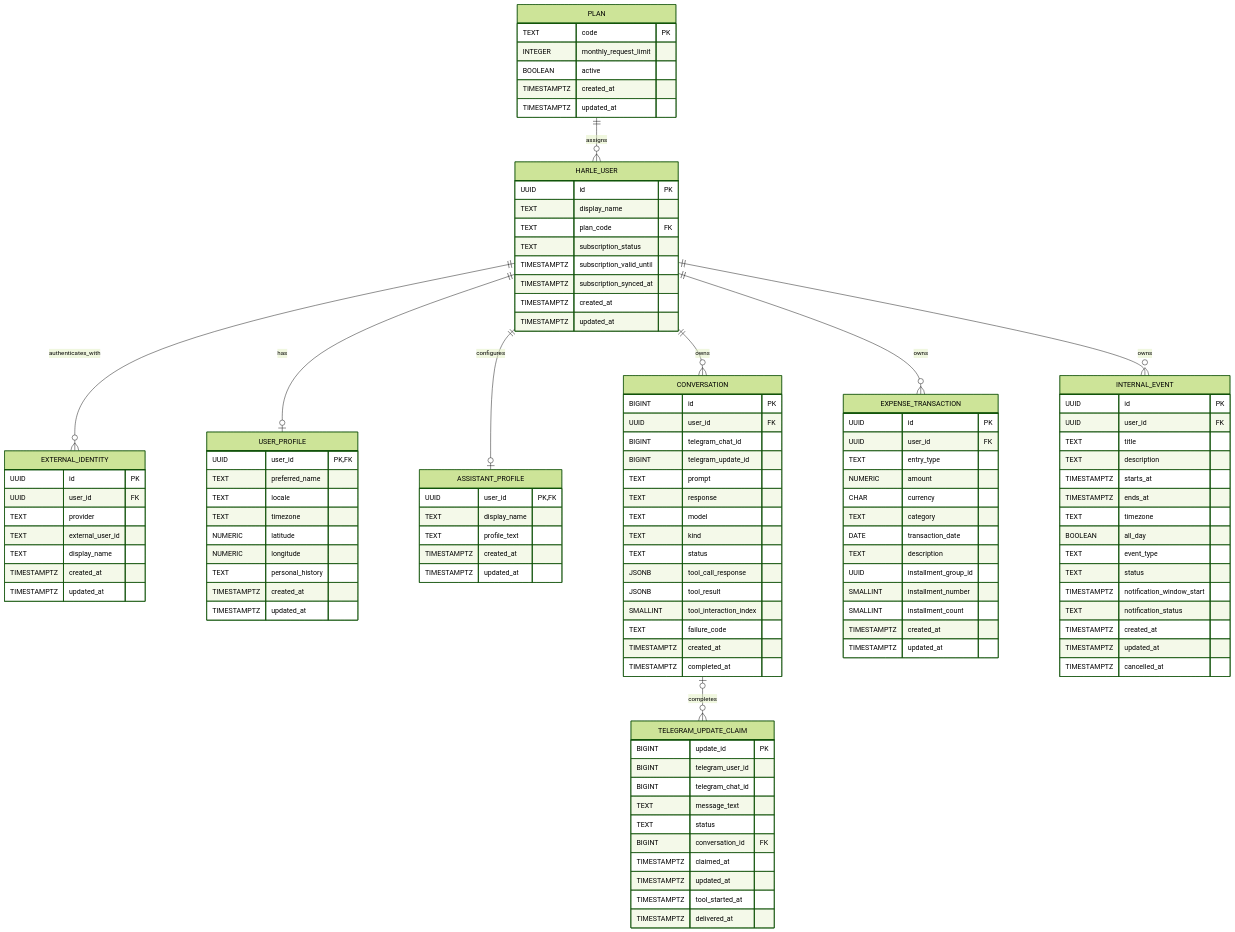
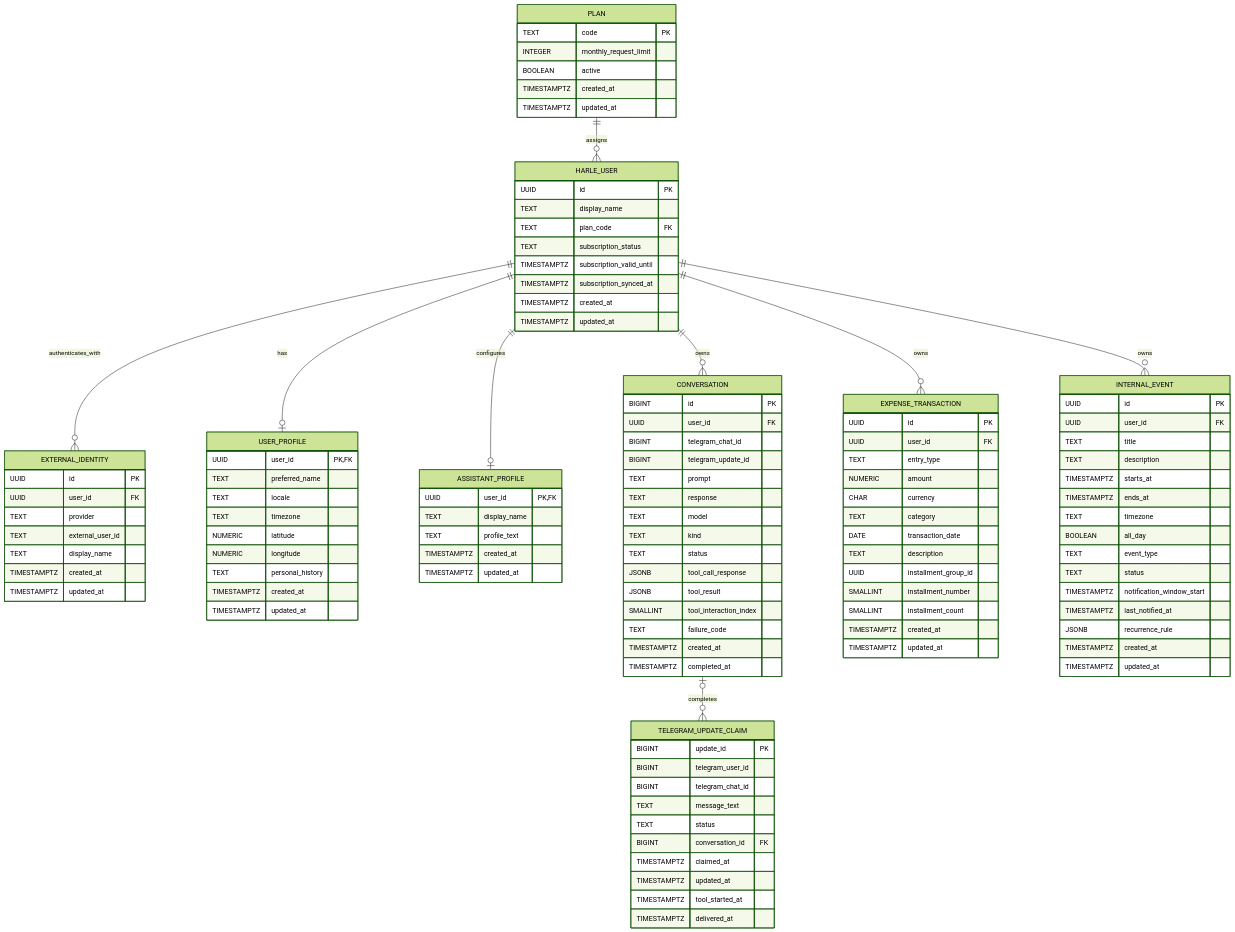
Before and after one commit to JuanJFarina/custom-gemini-cli: the diagram in docs/05_ERD.md, drawn with Mermaid (forest theme). The commit also changed other lines of this file and 49 other files, not shown here.

````diff
--- a/docs/05_ERD.md
+++ b/docs/05_ERD.md
@@ -123,9 +123,9 @@
         TEXT event_type
         TEXT status
         TIMESTAMPTZ notification_window_start
-        TEXT notification_status
+        TIMESTAMPTZ last_notified_at
+        JSONB recurrence_rule
         TIMESTAMPTZ created_at
         TIMESTAMPTZ updated_at
-        TIMESTAMPTZ cancelled_at
     }
 ```
````
